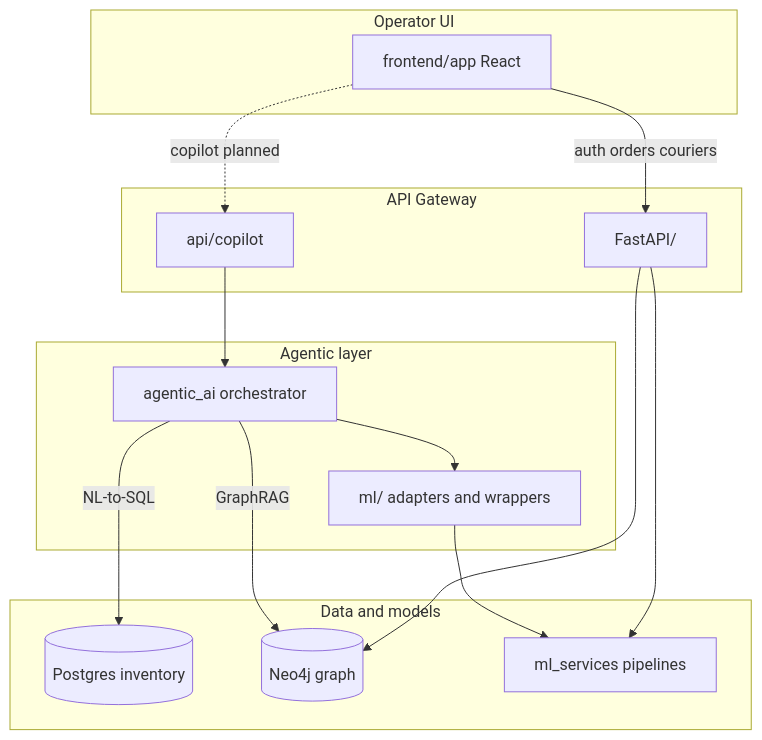
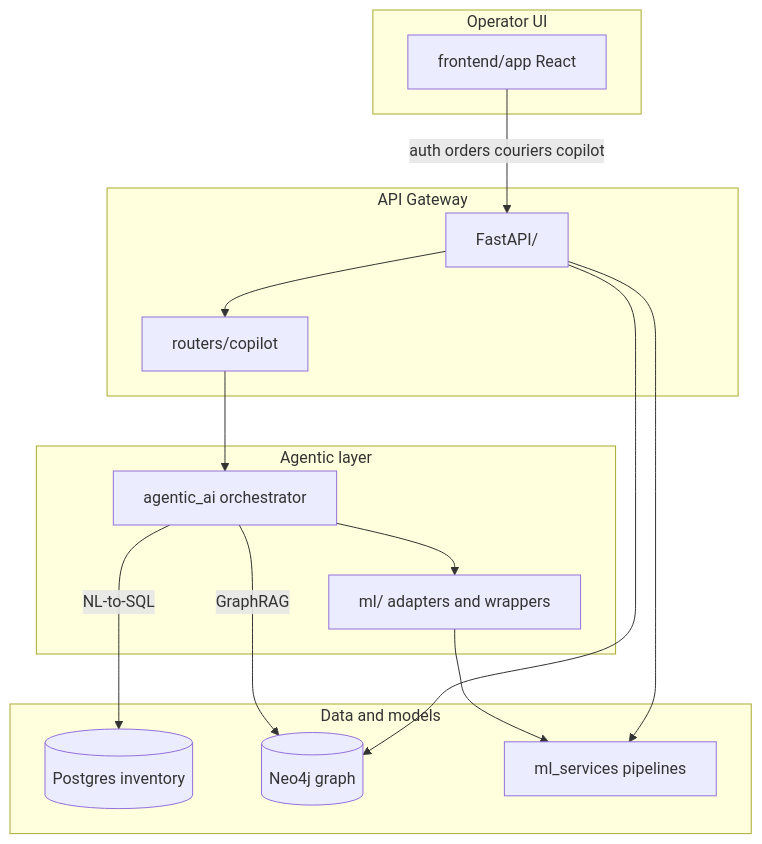
The diagram in ARCHITECTURE.md (Drish152004/IntelliSupply), drawn with Mermaid before and after one commit. The commit also changed other lines of this file and 6 other files, not shown here.

Commit message:
cleaned copilot api

````diff
--- a/ARCHITECTURE.md
+++ b/ARCHITECTURE.md
@@ -7,28 +7,28 @@
 ```mermaid
 flowchart TB
   subgraph ui [Operator UI]
     FE[frontend/app React]
   end
   subgraph gateway [API Gateway]
     GW[FastAPI/]
-    CP[api/copilot]
+    CP[routers/copilot]
   end
   subgraph agents [Agentic layer]
     ORCH[agentic_ai orchestrator]
     MLAD[ml/ adapters and wrappers]
   end
   subgraph data [Data and models]
     PG[(Postgres inventory)]
     N4J[(Neo4j graph)]
     MS[ml_services pipelines]
   end
-  FE -->|auth orders couriers| GW
-  FE -.->|copilot planned| CP
+  FE -->|auth orders couriers copilot| GW
+  GW --> CP
   CP --> ORCH
   ORCH --> MLAD
   ORCH -->|NL-to-SQL| PG
   ORCH -->|GraphRAG| N4J
   MLAD --> MS
   GW --> MS
   GW --> N4J
 ```
````
